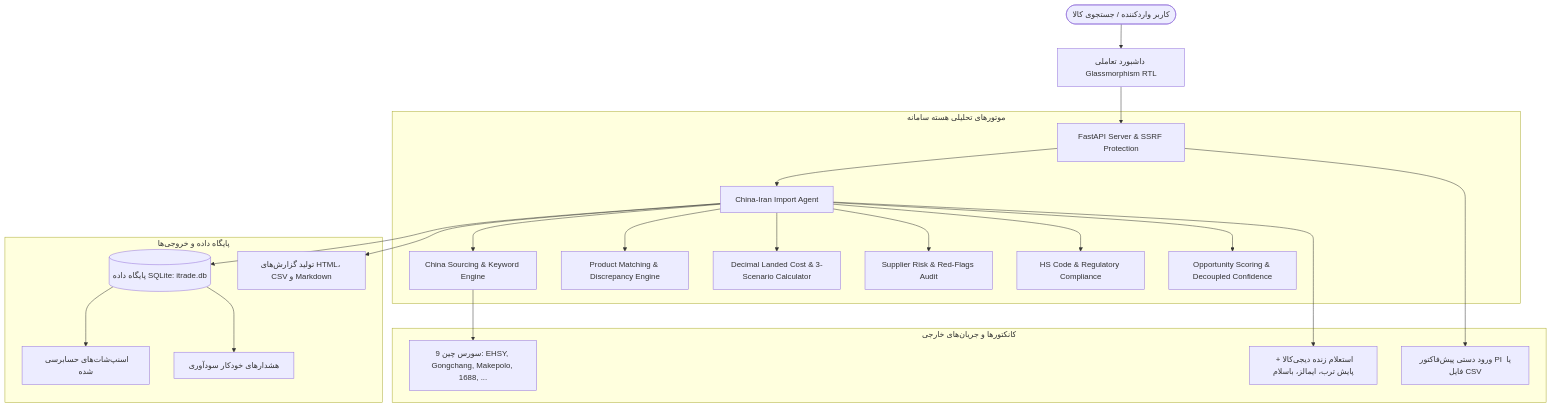
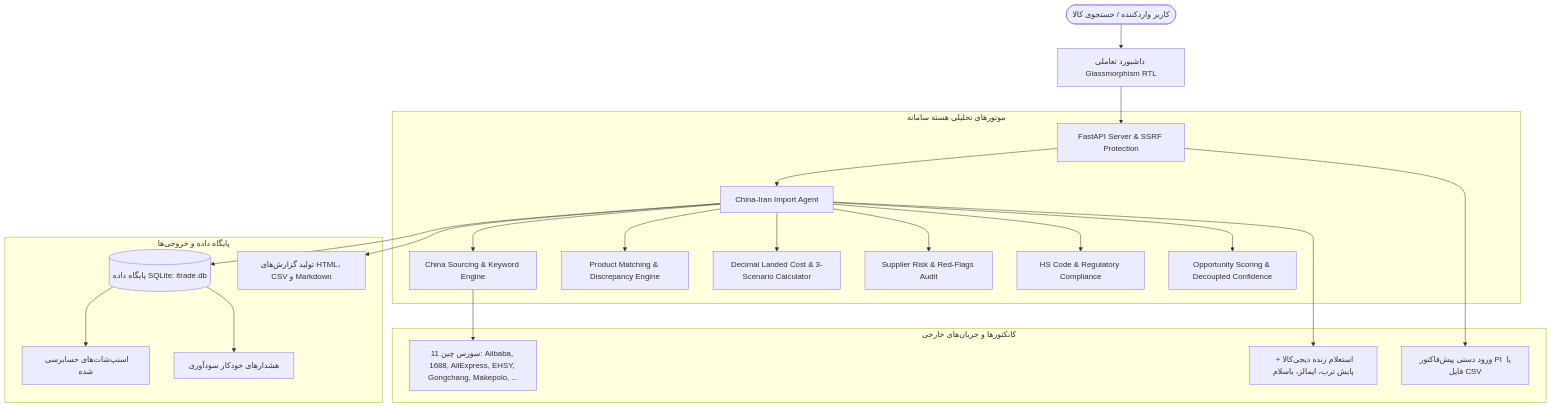
The diagram in README.md (ho3einalik/chinatrade), drawn with Mermaid before and after one commit. The commit also changed other lines of this file and 8 other files, not shown here.

Commit message:
feat: integrate Alibaba.com, 1688.com, and AliExpress into China sourcing catalog and search engine

````diff
--- a/README.md
+++ b/README.md
@@ -34,28 +34,28 @@
 ```mermaid
 flowchart TD
     User([کاربر واردکننده / جستجوی کالا]) --> WebUI[داشبورد تعاملی Glassmorphism RTL]
     WebUI --> API[FastAPI Server & SSRF Protection]
     
     subgraph CoreEngine [موتورهای تحلیلی هسته سامانه]
         API --> Agent[China-Iran Import Agent]
         Agent --> Sourcing[China Sourcing & Keyword Engine]
         Agent --> Matching[Product Matching & Discrepancy Engine]
         Agent --> Calculator[Decimal Landed Cost & 3-Scenario Calculator]
         Agent --> Verification[Supplier Risk & Red-Flags Audit]
         Agent --> Regulations[HS Code & Regulatory Compliance]
         Agent --> Ranking[Opportunity Scoring & Decoupled Confidence]
     end
 
     subgraph Connectors [کانکتورها و جریان‌های خارجی]
-        Sourcing --> B2B[9 سورس چین: EHSY, Gongchang, Makepolo, 1688, ...]
+        Sourcing --> B2B[11 سورس چین: Alibaba, 1688, AliExpress, EHSY, Gongchang, Makepolo, ...]
         Agent --> IranMarket[استعلام زنده دیجی‌کالا + پایش ترب، ایمالز، باسلام]
         API --> ManualEntry[ورود دستی پیش‌فاکتور PI یا فایل CSV]
     end
 
     subgraph Persistence [پایگاه داده و خروجی‌ها]
         Agent --> SQLite[(پایگاه داده SQLite: itrade.db)]
         SQLite --> Snapshots[اسنپ‌شات‌های حسابرسی شده]
         SQLite --> Alerts[هشدارهای خودکار سودآوری]
         Agent --> Reports[تولید گزارش‌های HTML، CSV و Markdown]
     end
 ```
````
